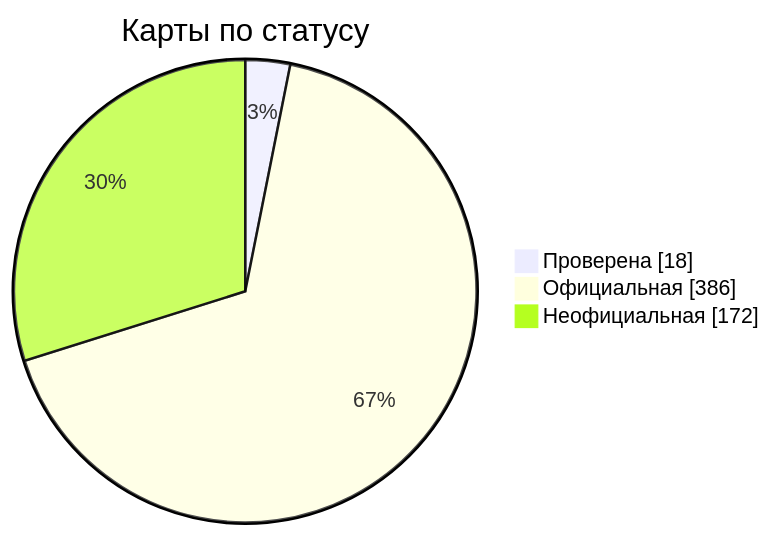
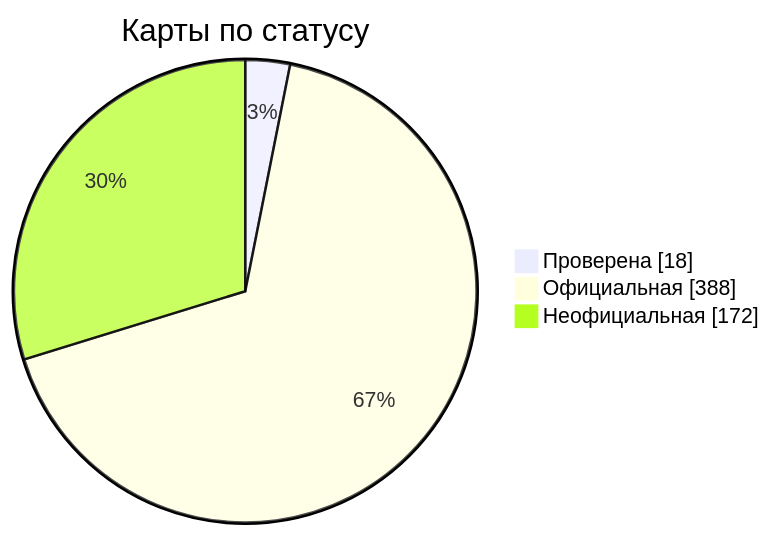
Before and after one commit to nobrega8/mbmap-library: the diagram in docs/readme/README_RU.md, drawn with Mermaid. The commit also changed 7 other files, not shown here.

````diff
--- a/docs/readme/README_RU.md
+++ b/docs/readme/README_RU.md
@@ -54,7 +54,7 @@
 ```mermaid
 pie showData
     title Карты по статусу
     "Проверена" : 18
-    "Официальная" : 386
+    "Официальная" : 388
     "Неофициальная" : 172
 ```
````
